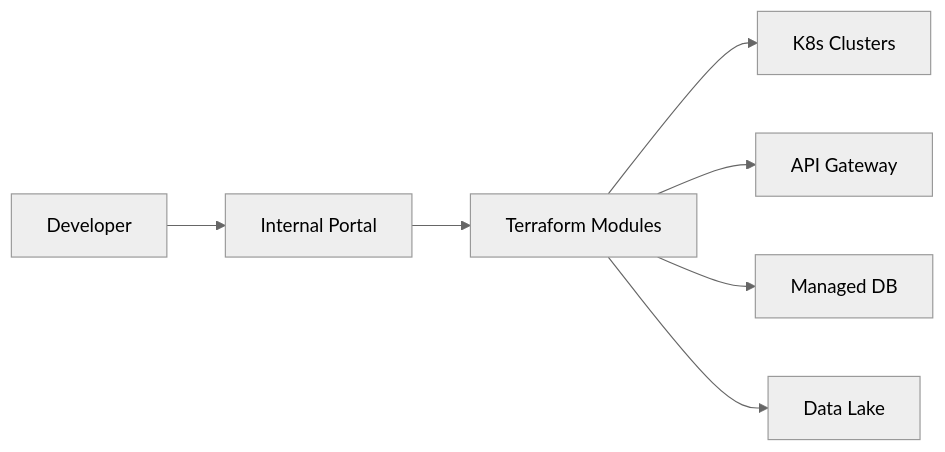
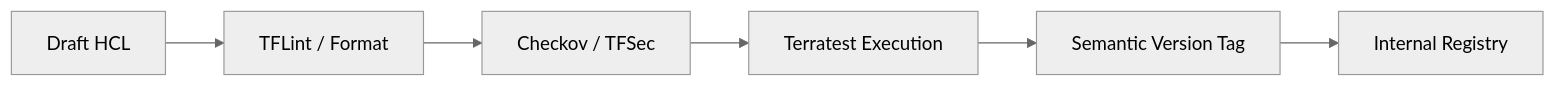
One commit to Devopstrio/terraform-platform-modules changed the third of 10 diagrams in README.md. Above: the diagram before and after it, drawn with Mermaid (neutral theme). The commit also changed other lines of this file, not shown here.

Commit message:
docs: implement 10+ professional architecture diagrams with fixed mermaid rendering

````diff
--- a/README.md
+++ b/README.md
@@ -84,9 +128,8 @@
 ```mermaid
 graph LR
-    Dev[Developer] --> Portal[Internal Portal]
-    Portal --> TF[Terraform Modules]
-    TF --> K8s[K8s Clusters]
-    TF --> API[API Gateway]
-    TF --> DB[Managed DB]
-    TF --> Lake[Data Lake]
+    Draft[Draft HCL] --> Lint[TFLint / Format]
+    Lint --> Secure[Checkov / TFSec]
+    Secure --> Test[Terratest Execution]
+    Test --> Release[Semantic Version Tag]
+    Release --> Registry[Internal Registry]
 ```
````
